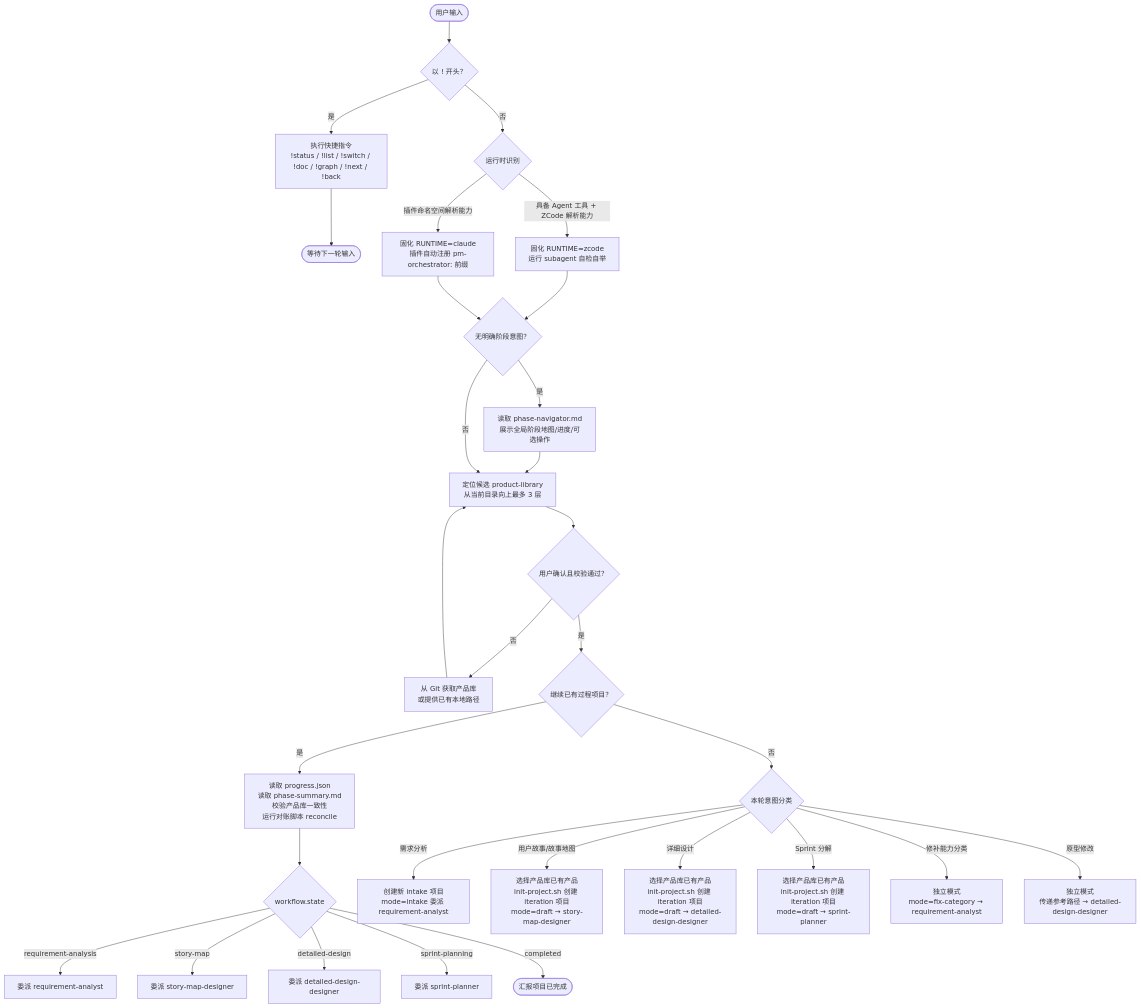
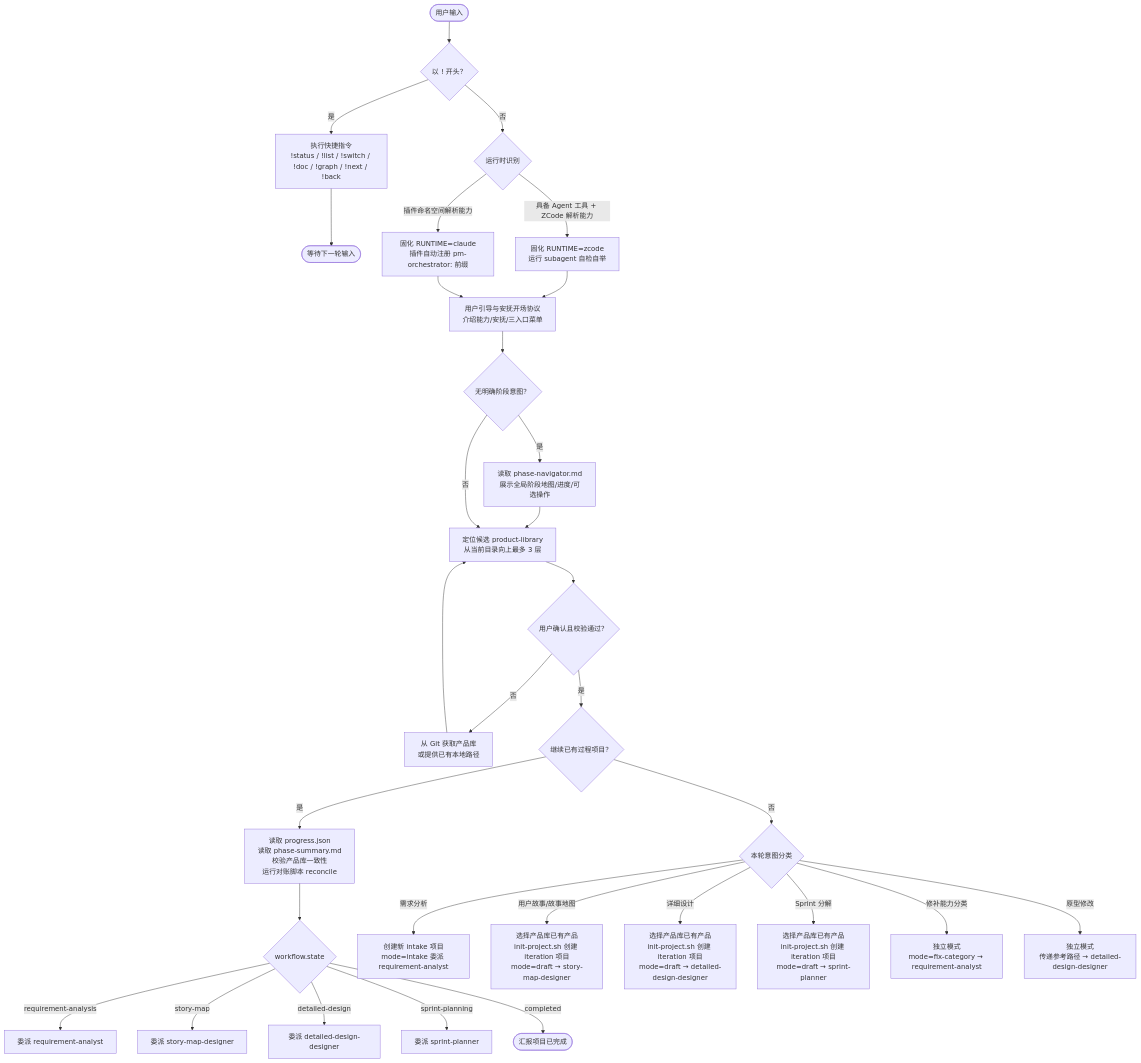
The first of 8 diagrams in README.md (Tiger0521/pm-orchestrator), drawn with Mermaid before and after one commit. The commit also changed other lines of this file and 10 other files, not shown here.

Commit message:
release: V4.1.0 新增独立架构设计文档更新agent（update-index增量同步产品矩阵、可单独调用）与用户引导与安抚开场协议；需求分析与故事地图完成汇报自动提醒同步架构设计文档

````diff
--- a/README.md
+++ b/README.md
@@ -344,43 +347,45 @@
 ```mermaid
 flowchart TD
     Start([用户输入]) --> Shortcut{以 ! 开头？}
     Shortcut -- 是 --> Cmd[执行快捷指令<br/>!status / !list / !switch / !doc / !graph / !next / !back]
     Cmd --> Wait([等待下一轮输入])
 
     Shortcut -- 否 --> RuntimeDetect{运行时识别}
     RuntimeDetect -->|具备 Agent 工具 + ZCode 解析能力| ZCode[固化 RUNTIME=zcode<br/>运行 subagent 自检自举]
     RuntimeDetect -->|插件命名空间解析能力| Claude[固化 RUNTIME=claude<br/>插件自动注册 pm-orchestrator: 前缀]
 
-    ZCode --> Nav{无明确阶段意图？}
-    Claude --> Nav
+    ZCode --> Intro[用户引导与安抚开场协议<br/>介绍能力/安抚/三入口菜单]
+    Claude --> Intro
+
+    Intro --> Nav{无明确阶段意图？}
 
     Nav -- 是 --> Navigate[读取 phase-navigator.md<br/>展示全局阶段地图/进度/可选操作]
     Navigate --> Library
 
     Nav -- 否 --> Library
 
     Library[定位候选 product-library<br/>从当前目录向上最多 3 层] --> LibraryOK{用户确认且校验通过？}
 
     LibraryOK -- 否 --> Acquire[从 Git 获取产品库<br/>或提供已有本地路径]
     Acquire --> Library
 
     LibraryOK -- 是 --> Project{继续已有过程项目？}
 
     Project -- 是 --> Restore[读取 progress.json<br/>读取 phase-summary.md<br/>校验产品库一致性<br/>运行对账脚本 reconcile]
     Restore --> State{workflow.state}
 
     State -- requirement-analysis --> RA[委派 requirement-analyst]
     State -- story-map --> SM[委派 story-map-designer]
     State -- detailed-design --> DD[委派 detailed-design-designer]
     State -- sprint-planning --> SP[委派 sprint-planner]
     State -- completed --> Report([汇报项目已完成])
 
     Project -- 否 --> Intent{本轮意图分类}
 
     Intent -- 需求分析 --> Intake[创建新 intake 项目<br/>mode=intake 委派 requirement-analyst]
     Intent -- 用户故事/故事地图 --> NewSM[选择产品库已有产品<br/>init-project.sh 创建 iteration 项目<br/>mode=draft → story-map-designer]
     Intent -- 详细设计 --> NewDD[选择产品库已有产品<br/>init-project.sh 创建 iteration 项目<br/>mode=draft → detailed-design-designer]
     Intent -- Sprint 分解 --> NewSP[选择产品库已有产品<br/>init-project.sh 创建 iteration 项目<br/>mode=draft → sprint-planner]
     Intent -- 修补能力分类 --> FC[独立模式<br/>mode=fix-category → requirement-analyst]
     Intent -- 原型修改 --> PM[独立模式<br/>传递参考路径 → detailed-design-designer]
 ```
````
